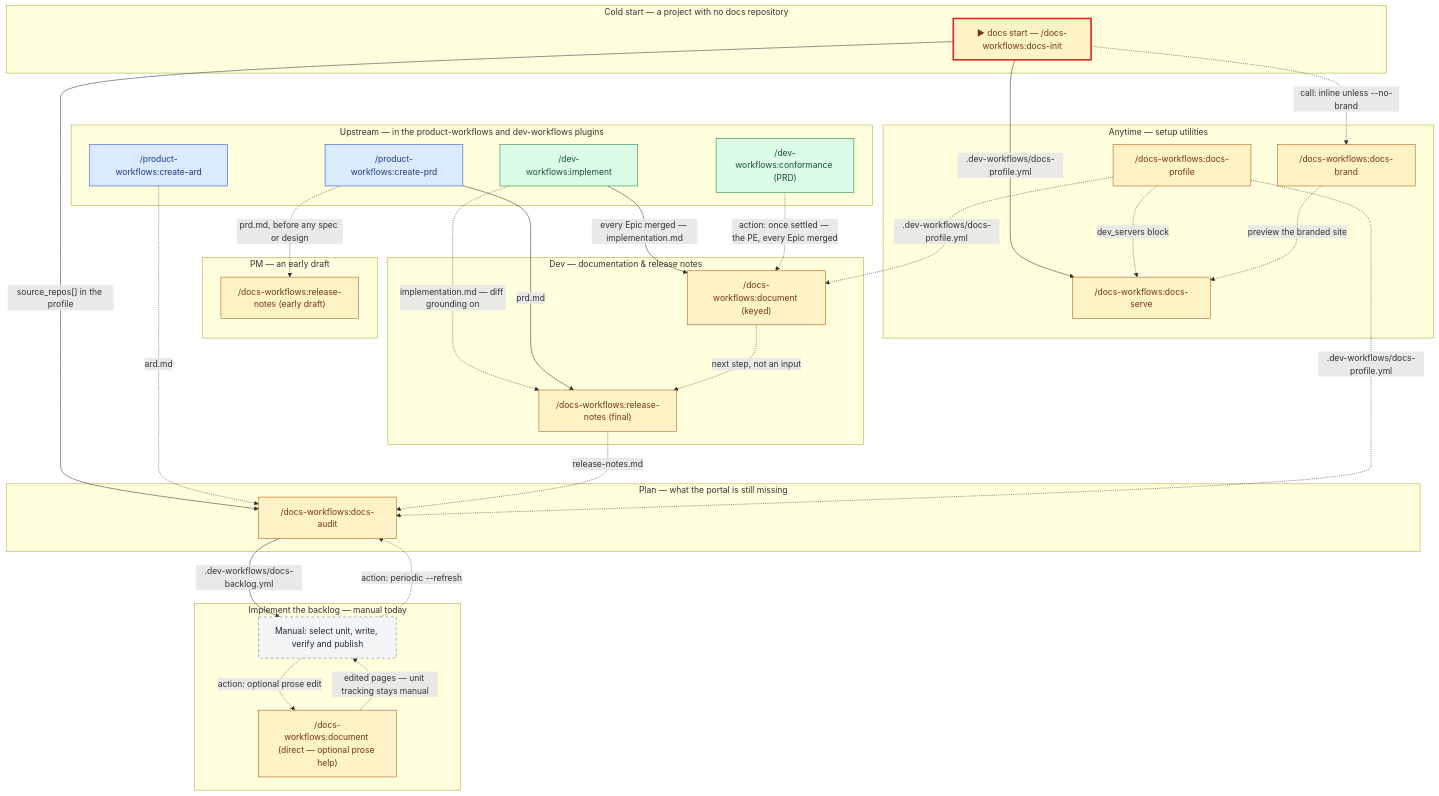
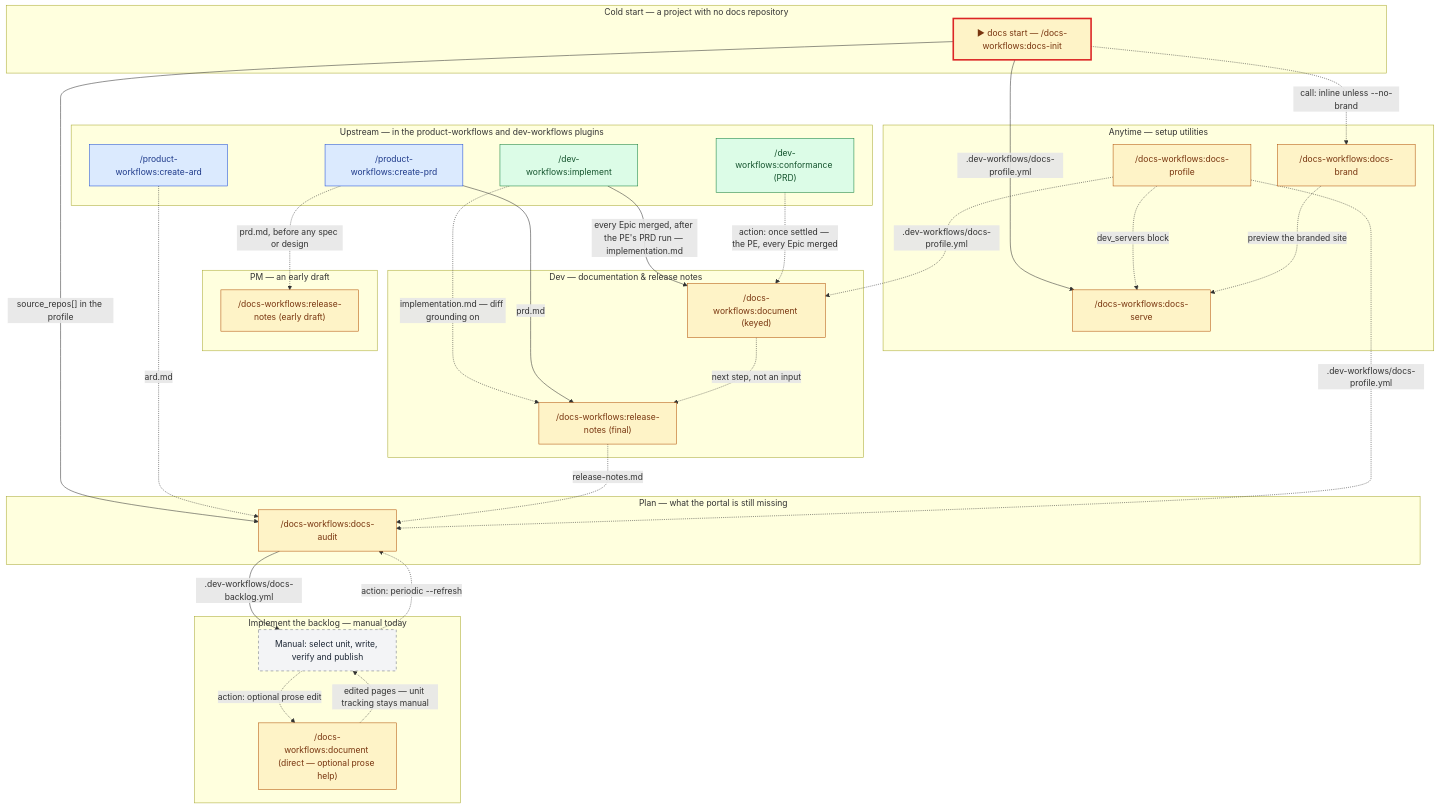
The diagram in plugins/docs-workflows/docs/workflow.md (ihudak/ai-workflows), drawn with Mermaid before and after one commit. The commit also changed other lines of this file and 20 other files, not shown here.

````diff
--- a/plugins/docs-workflows/docs/workflow.md
+++ b/plugins/docs-workflows/docs/workflow.md
@@ -5,58 +5,58 @@
 ```mermaid
 flowchart TD
     subgraph UP["Upstream — in the product-workflows and dev-workflows plugins"]
         implement["/dev-workflows:implement"]:::dev
         conformanceprd["/dev-workflows:conformance (PRD)"]:::dev
         createprd["/product-workflows:create-prd"]:::prod
         createard["/product-workflows:create-ard"]:::prod
     end
     subgraph EARLY["PM — an early draft"]
         rnpm["/docs-workflows:release-notes (early draft)"]:::docs
     end
     subgraph DOCS["Dev — documentation & release notes"]
         document["/docs-workflows:document (keyed)"]:::docs
         rndev["/docs-workflows:release-notes (final)"]:::docs
     end
     subgraph COLD["Cold start — a project with no docs repository"]
         init["▶ docs start — /docs-workflows:docs-init"]:::docs
     end
     subgraph PLAN["Plan — what the portal is still missing"]
         audit["/docs-workflows:docs-audit"]:::docs
     end
     subgraph MANUAL["Implement the backlog — manual today"]
         units["Manual: select unit, write, verify and publish"]:::manual
         direct["/docs-workflows:document (direct — optional prose help)"]:::docs
     end
     subgraph SETUP["Anytime — setup utilities"]
         profile["/docs-workflows:docs-profile"]:::docs
         brand["/docs-workflows:docs-brand"]:::docs
         docsserve["/docs-workflows:docs-serve"]:::docs
     end
 
-    implement -->|"every Epic merged — implementation.md"| document
+    implement -->|"every Epic merged, after the PE's PRD run — implementation.md"| document
     conformanceprd -.->|"action: once settled — the PE, every Epic merged"| document
     implement -.->|implementation.md — diff grounding on| rndev
     createprd -.->|prd.md, before any spec or design| rnpm
     createprd -->|prd.md| rndev
     document -.->|next step, not an input| rndev
     init -.->|call: inline unless --no-brand| brand
     init -->|"source_repos[] in the profile"| audit
     createard -.->|ard.md| audit
     rndev -.->|release-notes.md| audit
     audit -->|.dev-workflows/docs-backlog.yml| units
     units -.->|action: optional prose edit| direct
     direct -.->|edited pages — unit tracking stays manual| units
     units -.->|action: periodic --refresh| audit
     init -->|.dev-workflows/docs-profile.yml| docsserve
     profile -.->|.dev-workflows/docs-profile.yml| document
     profile -.->|.dev-workflows/docs-profile.yml| audit
     profile -.->|dev_servers block| docsserve
     brand -.->|preview the branded site| docsserve
 
     classDef prod fill:#dbeafe,stroke:#1d4ed8,color:#1e3a8a
     classDef dev fill:#dcfce7,stroke:#15803d,color:#14532d
     classDef docs fill:#fef3c7,stroke:#b45309,color:#78350f
     classDef manual fill:#f3f4f6,stroke:#6b7280,color:#1f2937,stroke-dasharray:5 5
     classDef entry stroke:#dc2626,stroke-width:3px
     class init entry
 ```
````
